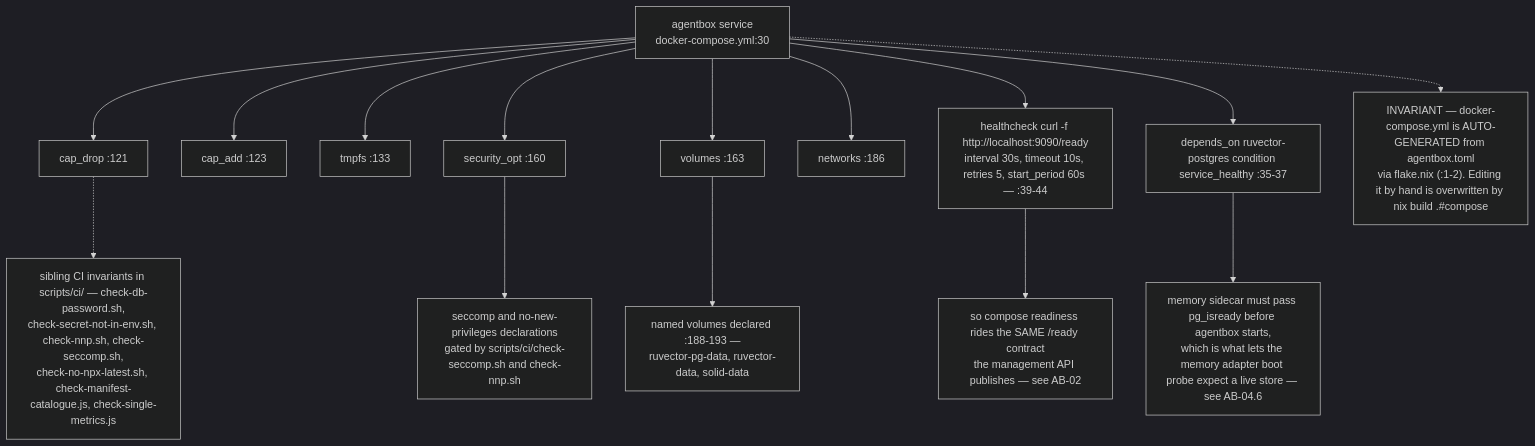
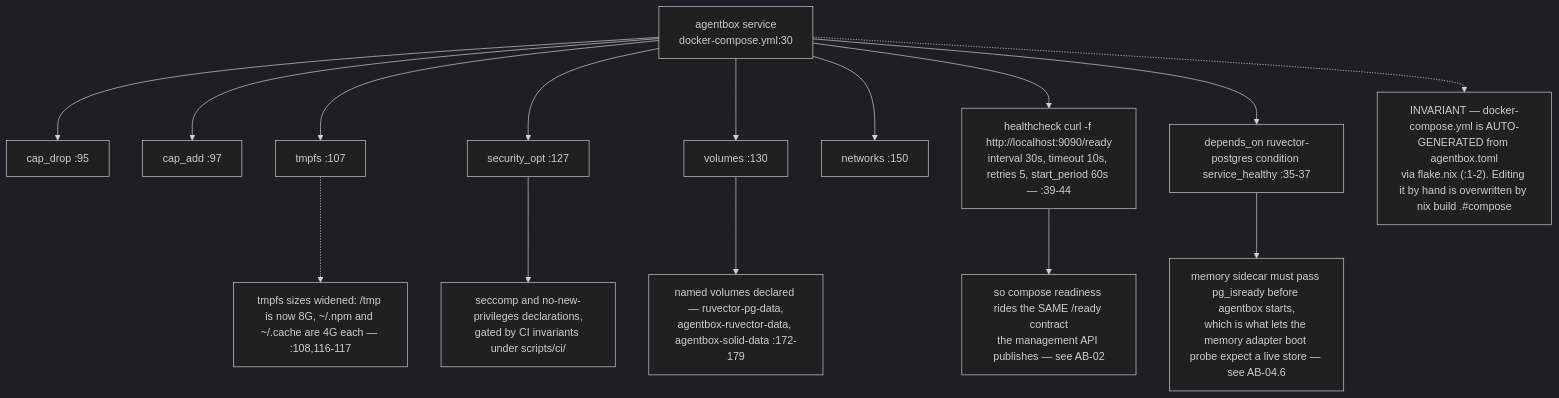
The eighth of 11 diagrams in docs/diagrams/agentbox/06-sidecars-and-compose-overlays.md (DreamLab-AI/VisionFlow), drawn with Mermaid (dark theme) before and after one commit. The commit also changed other lines of this file and 136 other files, not shown here.

First line of the commit message:
docs(diagrams): refresh the whole corpus to code HEAD and prune low-value diagrams

````diff
--- a/docs/diagrams/agentbox/06-sidecars-and-compose-overlays.md
+++ b/docs/diagrams/agentbox/06-sidecars-and-compose-overlays.md
@@ -239,17 +234,17 @@
 ```mermaid
 flowchart TD
-    AB["agentbox service<br/>docker-compose.yml:30"] --> CD["cap_drop :121"]
-    AB --> CA2["cap_add :123"]
-    AB --> TM["tmpfs :133"]
-    AB --> SO["security_opt :160"]
-    AB --> VOL["volumes :163"]
-    AB --> NET["networks :186"]
-    SO --> SCC["seccomp and no-new-privileges declarations<br/>gated by scripts/ci/check-seccomp.sh and check-nnp.sh"]
-    VOL --> NV["named volumes declared :188-193 —<br/>ruvector-pg-data, ruvector-data, solid-data"]
+    AB["agentbox service<br/>docker-compose.yml:30"] --> CD["cap_drop :95"]
+    AB --> CA2["cap_add :97"]
+    AB --> TM["tmpfs :107"]
+    AB --> SO["security_opt :127"]
+    AB --> VOL["volumes :130"]
+    AB --> NET["networks :150"]
+    SO --> SCC["seccomp and no-new-privileges declarations,<br/>gated by CI invariants under scripts/ci/"]
+    VOL --> NV["named volumes declared — ruvector-pg-data,<br/>agentbox-ruvector-data, agentbox-solid-data :172-179"]
     AB --> HC["healthcheck curl -f http://localhost:9090/ready<br/>interval 30s, timeout 10s, retries 5, start_period 60s — :39-44"]
     HC --> RDY["so compose readiness rides the SAME /ready contract<br/>the management API publishes — see AB-02"]
     AB --> DEP["depends_on ruvector-postgres condition service_healthy :35-37"]
     DEP --> ORD["memory sidecar must pass pg_isready before agentbox starts,<br/>which is what lets the memory adapter boot probe expect a live store — see AB-04.6"]
     AB -.-> GEN["INVARIANT — docker-compose.yml is AUTO-GENERATED from agentbox.toml<br/>via flake.nix (:1-2). Editing it by hand is overwritten by nix build .#compose"]
-    CD -.-> SIB["sibling CI invariants in scripts/ci/ — check-db-password.sh,<br/>check-secret-not-in-env.sh, check-nnp.sh, check-seccomp.sh,<br/>check-no-npx-latest.sh, check-manifest-catalogue.js, check-single-metrics.js"]
+    TM -.-> TMS["tmpfs sizes widened: /tmp is now 8G, ~/.npm and ~/.cache are 4G each — :108,116-117"]
 ```
````
